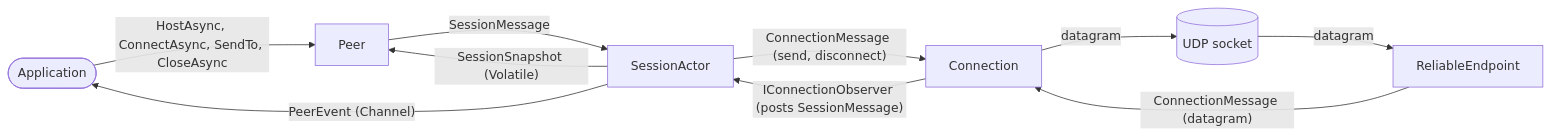
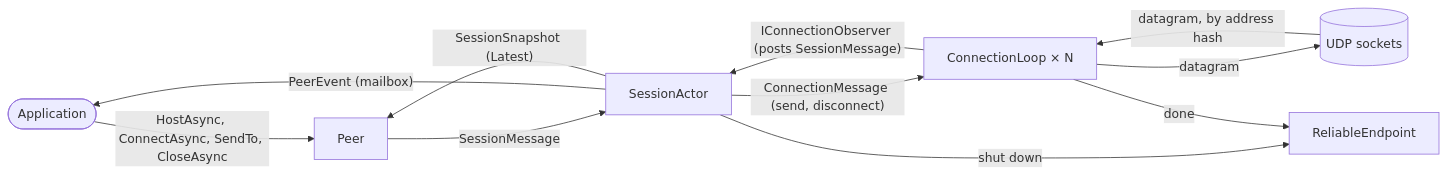
One commit to ycanardeau/OpenNSPW changed the first of 2 diagrams in Otsuki/Aigamo.Otsuki/README.md. Above: the diagram before and after it, drawn with Mermaid. The commit also changed other lines of this file, not shown here.

Commit message:
Describe in Otsuki's README the connection loops, the mailbox and its scheduler, the snapshot, the simulation and the load test

````diff
--- a/Otsuki/Aigamo.Otsuki/README.md
+++ b/Otsuki/Aigamo.Otsuki/README.md
@@ -119,12 +119,13 @@
 ```mermaid
 flowchart LR
 	App([Application]) -- "HostAsync, ConnectAsync, SendTo, CloseAsync" --> Peer
 	Peer -- SessionMessage --> Session[SessionActor]
-	Session -- "PeerEvent (Channel)" --> App
-	Session -- "SessionSnapshot (Volatile)" --> Peer
-	Session -- "ConnectionMessage (send, disconnect)" --> Connection
-	Connection -- "IConnectionObserver (posts SessionMessage)" --> Session
-	Socket[(UDP socket)] -- datagram --> Endpoint[ReliableEndpoint]
-	Endpoint -- "ConnectionMessage (datagram)" --> Connection
-	Connection -- datagram --> Socket
+	Session -- "PeerEvent (mailbox)" --> App
+	Session -- "SessionSnapshot (Latest)" --> Peer
+	Session -- "ConnectionMessage (send, disconnect)" --> Loop[ConnectionLoop × N]
+	Loop -- "IConnectionObserver (posts SessionMessage)" --> Session
+	Socket[(UDP sockets)] -- "datagram, by address hash" --> Loop
+	Loop -- datagram --> Socket
+	Session -- "shut down" --> Endpoint[ReliableEndpoint]
+	Loop -- "done" --> Endpoint
 ```
````
